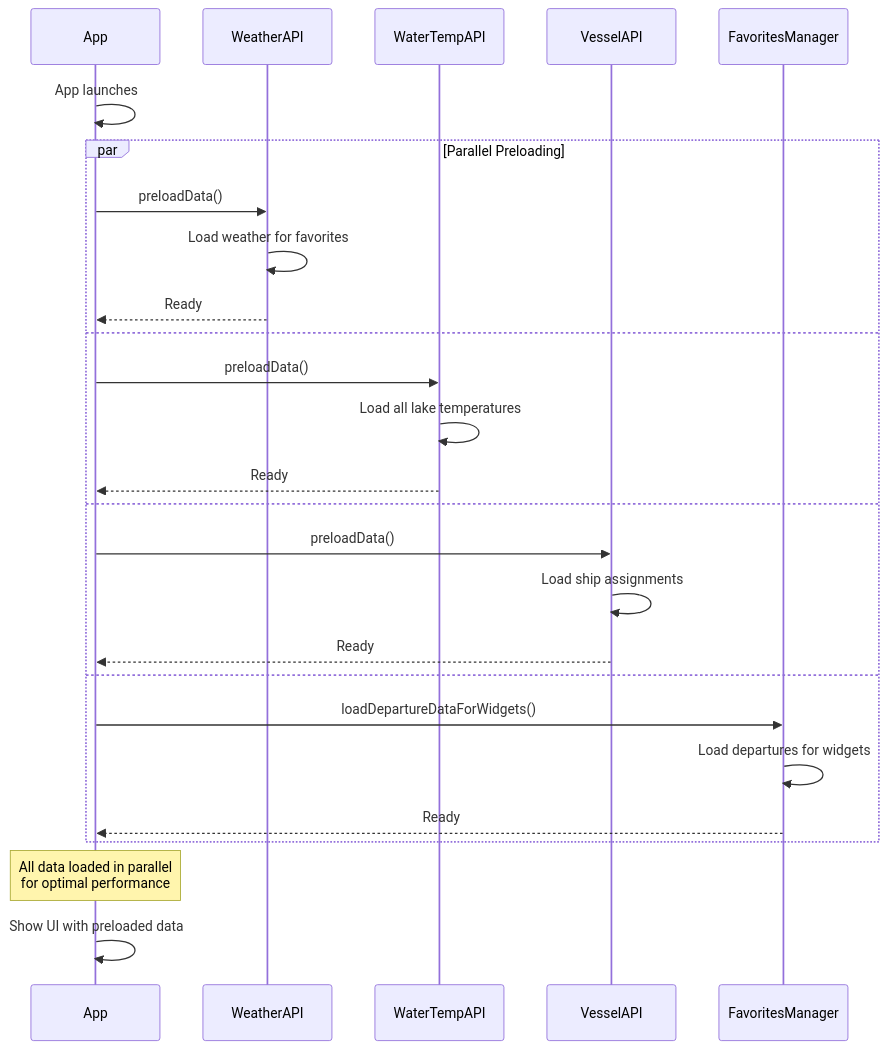
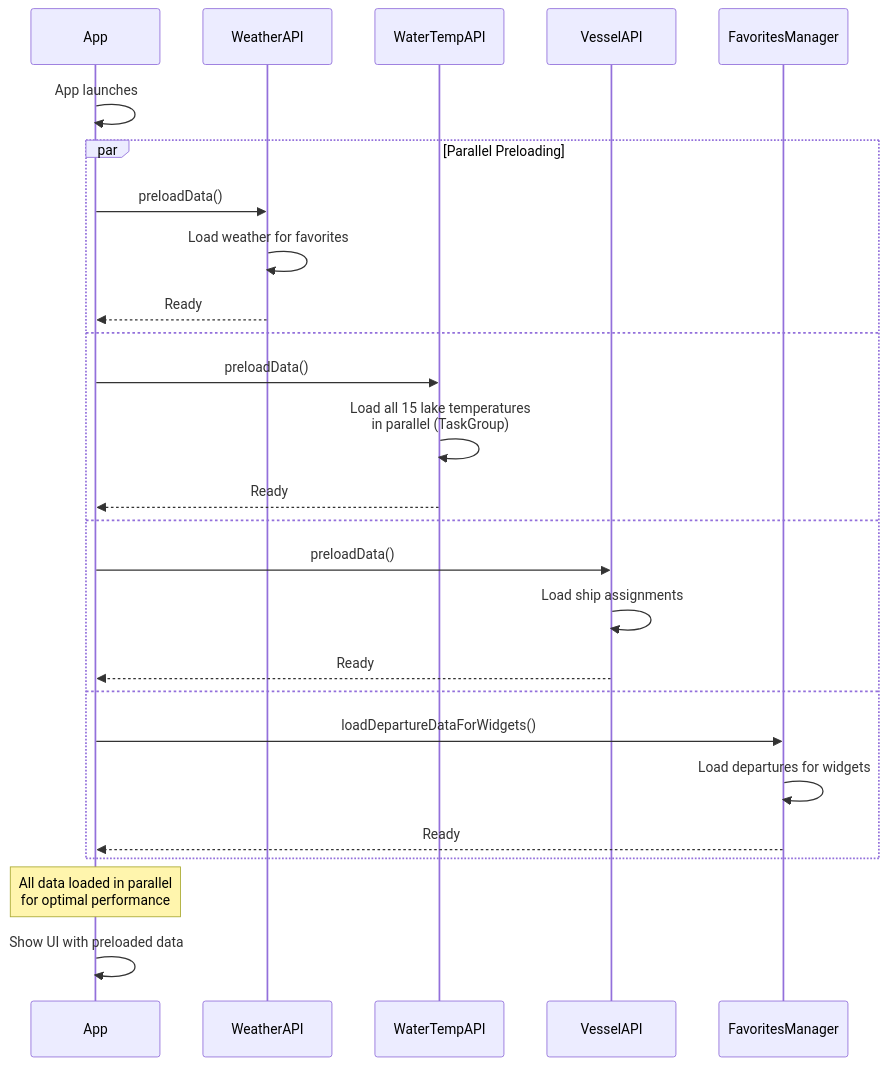
Before and after one commit to pfederi/Next-Wave: diagram 21 of 23 in ARC42_DOCUMENTATION.md, drawn with Mermaid. The commit also changed other lines of this file and 22 other files, not shown here.

````diff
--- a/ARC42_DOCUMENTATION.md
+++ b/ARC42_DOCUMENTATION.md
@@ -816,31 +816,31 @@
 ```mermaid
 sequenceDiagram
     participant App
     participant WeatherAPI
     participant WaterTempAPI
     participant VesselAPI
     participant FavoritesManager
     
     App->>App: App launches
     
     par Parallel Preloading
         App->>WeatherAPI: preloadData()
         WeatherAPI->>WeatherAPI: Load weather for favorites
         WeatherAPI-->>App: Ready
     and
         App->>WaterTempAPI: preloadData()
-        WaterTempAPI->>WaterTempAPI: Load all lake temperatures
+        WaterTempAPI->>WaterTempAPI: Load all 15 lake temperatures<br/>in parallel (TaskGroup)
         WaterTempAPI-->>App: Ready
     and
         App->>VesselAPI: preloadData()
         VesselAPI->>VesselAPI: Load ship assignments
         VesselAPI-->>App: Ready
     and
         App->>FavoritesManager: loadDepartureDataForWidgets()
         FavoritesManager->>FavoritesManager: Load departures for widgets
         FavoritesManager-->>App: Ready
     end
     
     Note over App: All data loaded in parallel<br/>for optimal performance
     App->>App: Show UI with preloaded data
 ```
````
